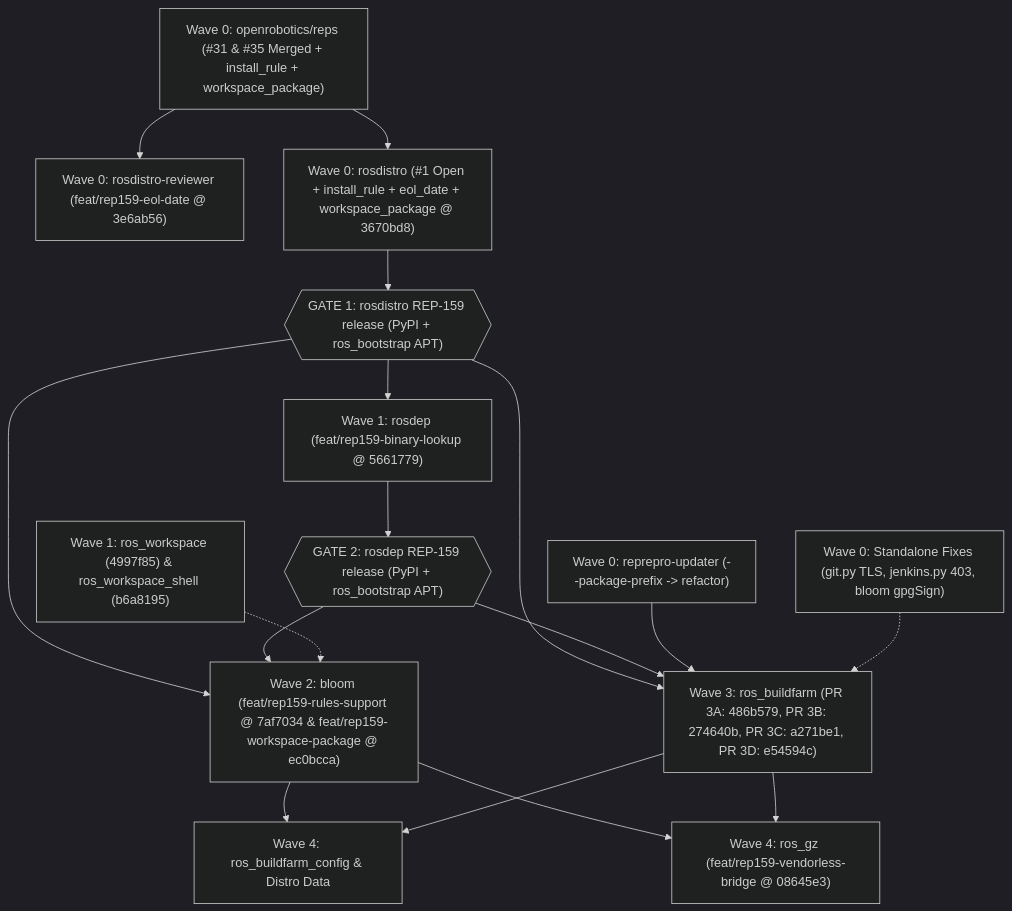
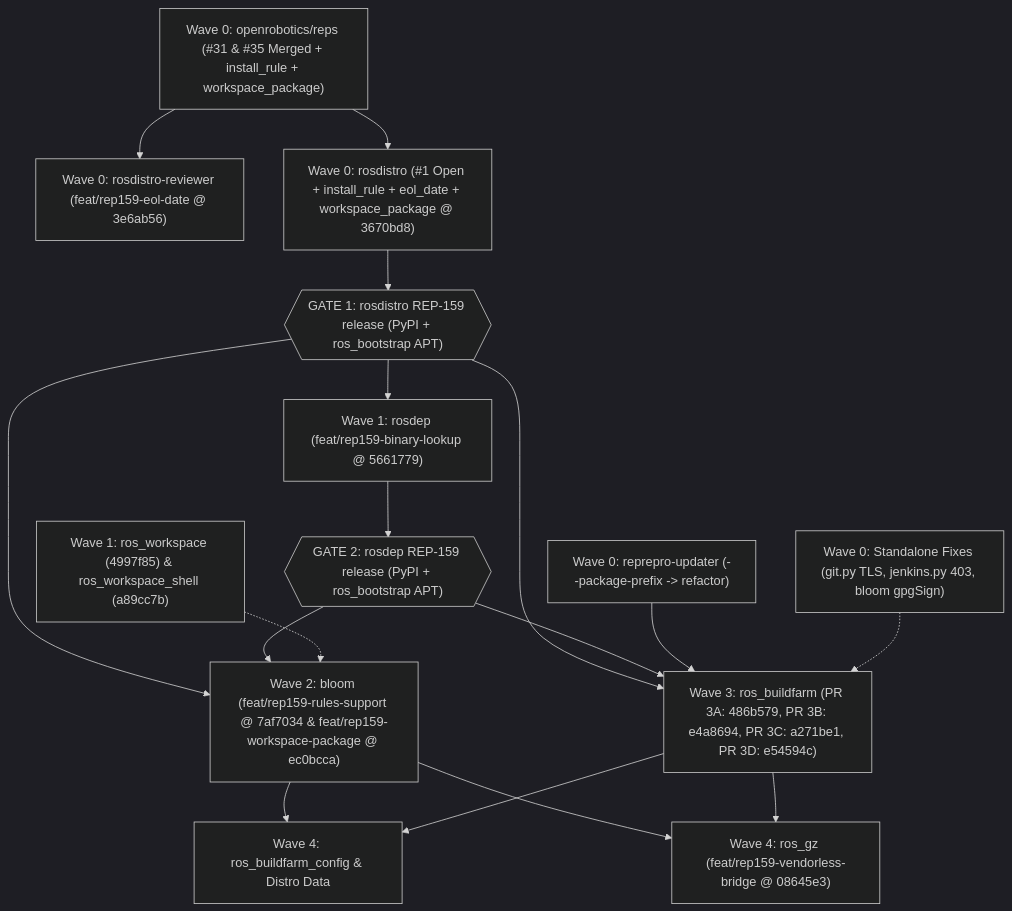
One commit to KmoM88/rep159-testing changed the diagram in STAGE_PR_AND_ISSUE_MAP.md. Above: the diagram before and after it, drawn with Mermaid (dark theme). The commit also changed other lines of this file and 15 other files, not shown here.

Commit message:
Document review resolutions, switch ros_workspace_shell to main, and checkout Stage 6

````diff
--- a/STAGE_PR_AND_ISSUE_MAP.md
+++ b/STAGE_PR_AND_ISSUE_MAP.md
@@ -12,31 +12,31 @@
 ```mermaid
 flowchart TD
     REPS["Wave 0: openrobotics/reps (#31 & #35 Merged + install_rule + workspace_package)"]
     REPREPRO["Wave 0: reprepro-updater (--package-prefix -> refactor)"]
     REVIEWER["Wave 0: rosdistro-reviewer (feat/rep159-eol-date @ 3e6ab56)"]
     UTIL["Wave 0: Standalone Fixes (git.py TLS, jenkins.py 403, bloom gpgSign)"]
     ROSDISTRO["Wave 0: rosdistro (#1 Open + install_rule + eol_date + workspace_package @ 3670bd8)"]
     G1{{"GATE 1: rosdistro REP-159 release (PyPI + ros_bootstrap APT)"}}
     ROSDEP["Wave 1: rosdep (feat/rep159-binary-lookup @ 5661779)"]
-    WORKSPACE["Wave 1: ros_workspace (4997f85) & ros_workspace_shell (b6a8195)"]
+    WORKSPACE["Wave 1: ros_workspace (4997f85) & ros_workspace_shell (a89cc7b)"]
     G2{{"GATE 2: rosdep REP-159 release (PyPI + ros_bootstrap APT)"}}
     BLOOM["Wave 2: bloom (feat/rep159-rules-support @ 7af7034 & feat/rep159-workspace-package @ ec0bcca)"]
-    BUILDFARM["Wave 3: ros_buildfarm (PR 3A: 486b579, PR 3B: 274640b, PR 3C: a271be1, PR 3D: e54594c)"]
+    BUILDFARM["Wave 3: ros_buildfarm (PR 3A: 486b579, PR 3B: e4a8694, PR 3C: a271be1, PR 3D: e54594c)"]
     ROSGZ["Wave 4: ros_gz (feat/rep159-vendorless-bridge @ 08645e3)"]
     CONFIG["Wave 4: ros_buildfarm_config & Distro Data"]
 
     REPS --> ROSDISTRO --> G1
     REPS --> REVIEWER
     G1 --> ROSDEP --> G2
     G1 --> BLOOM
     G2 --> BLOOM
     WORKSPACE -.-> BLOOM
     G1 --> BUILDFARM
     G2 --> BUILDFARM
     REPREPRO --> BUILDFARM
     UTIL -.-> BUILDFARM
     BLOOM --> CONFIG
     BUILDFARM --> CONFIG
     BLOOM --> ROSGZ
     BUILDFARM --> ROSGZ
 ```
````
